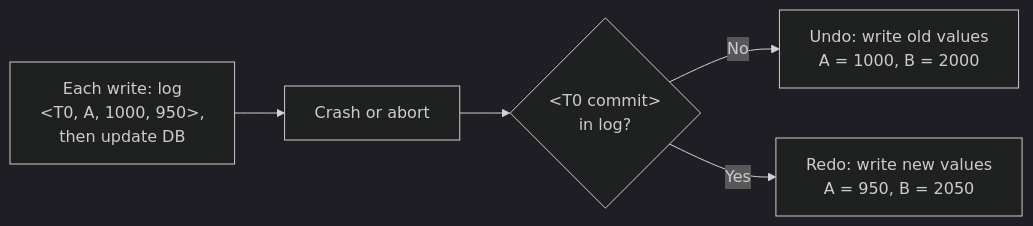
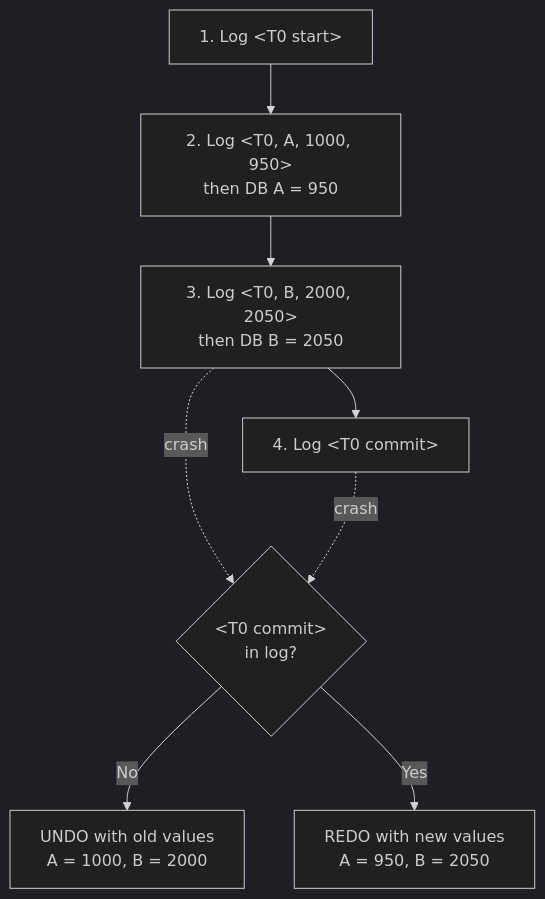
One commit to aaryan-pradhan/core-cs-fundamentals changed the seventh of 9 diagrams in dbms/13-atomicity-durability.md. Above: the diagram before and after it, drawn with Mermaid (dark theme). The commit also changed other lines of this file, not shown here.

````diff
--- a/dbms/13-atomicity-durability.md
+++ b/dbms/13-atomicity-durability.md
@@ -139,7 +107,8 @@
 ```mermaid
-flowchart LR
-  W["Each write: log<br/>&lt;T0, A, 1000, 950&gt;,<br/>then update DB"] --> X["Crash or abort"]
-  X --> C{"&lt;T0 commit&gt;<br/>in log?"}
-  C -- "No" --> U["Undo: write old values<br/>A = 1000, B = 2000"]
-  C -- "Yes" --> R["Redo: write new values<br/>A = 950, B = 2050"]
+flowchart TB
+  S1["1. Log &lt;T0 start&gt;"] --> S2["2. Log &lt;T0, A, 1000, 950&gt;<br/>then DB A = 950"] --> S3["3. Log &lt;T0, B, 2000, 2050&gt;<br/>then DB B = 2050"] --> S4["4. Log &lt;T0 commit&gt;"]
+  S3 -. "crash" .-> C{"&lt;T0 commit&gt;<br/>in log?"}
+  S4 -. "crash" .-> C
+  C -- "No" --> U["UNDO with old values<br/>A = 1000, B = 2000"]
+  C -- "Yes" --> R["REDO with new values<br/>A = 950, B = 2050"]
 ```
````
